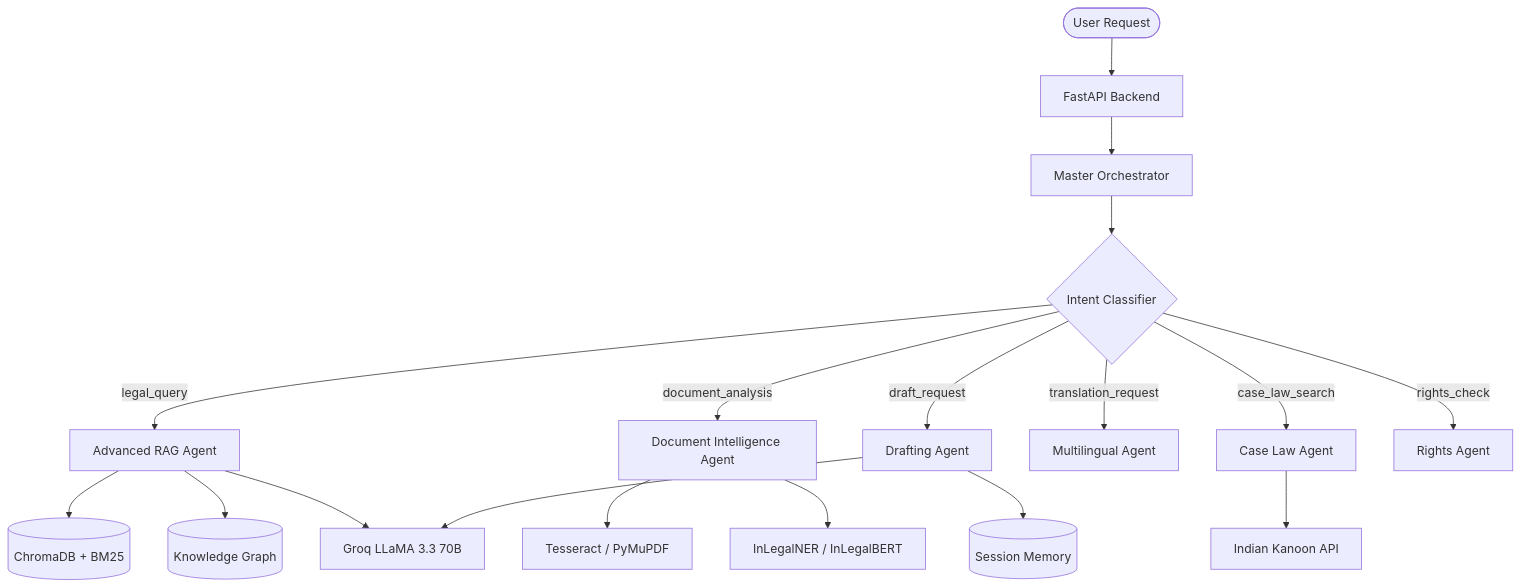
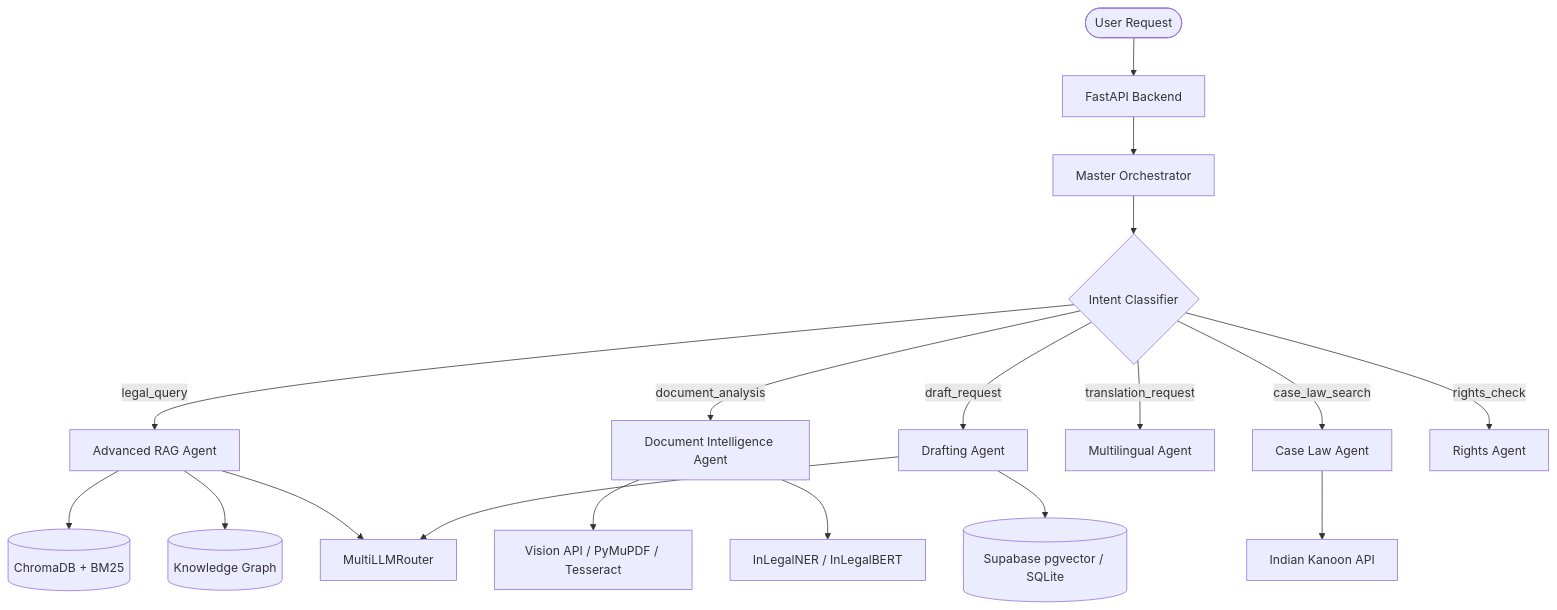
The diagram in README.md (anantha037/lexshield-ai), drawn with Mermaid before and after one commit. The commit also changed other lines of this file, not shown here.

````diff
--- a/README.md
+++ b/README.md
@@ -80,25 +85,25 @@
 ```mermaid
 graph TD
     User([User Request]) --> API[FastAPI Backend]
     API --> MasterOrchestrator[Master Orchestrator]
     MasterOrchestrator --> IntentClassifier{Intent Classifier}
     
     IntentClassifier -->|legal_query| RAGNode[Advanced RAG Agent]
     IntentClassifier -->|document_analysis| DocNode[Document Intelligence Agent]
     IntentClassifier -->|draft_request| DraftNode[Drafting Agent]
     IntentClassifier -->|translation_request| MultiNode[Multilingual Agent]
     IntentClassifier -->|case_law_search| CaseNode[Case Law Agent]
     IntentClassifier -->|rights_check| RightsNode[Rights Agent]
     
     RAGNode --> VectorStore[(ChromaDB + BM25)]
     RAGNode --> KG[(Knowledge Graph)]
-    RAGNode --> GroqLLM[Groq LLaMA 3.3 70B]
+    RAGNode --> LLMRouter[MultiLLMRouter]
     
-    DocNode --> OCR[Tesseract / PyMuPDF]
+    DocNode --> OCR[Vision API / PyMuPDF / Tesseract]
     DocNode --> NER[InLegalNER / InLegalBERT]
     
-    DraftNode --> SQLite[(Session Memory)]
-    DraftNode --> GroqLLM
+    DraftNode --> Memory[(Supabase pgvector / SQLite)]
+    DraftNode --> LLMRouter
     
     CaseNode --> IndianKanoon[Indian Kanoon API]
 ```
````
